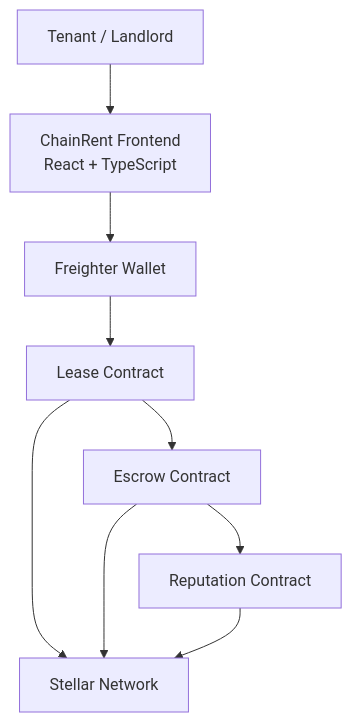
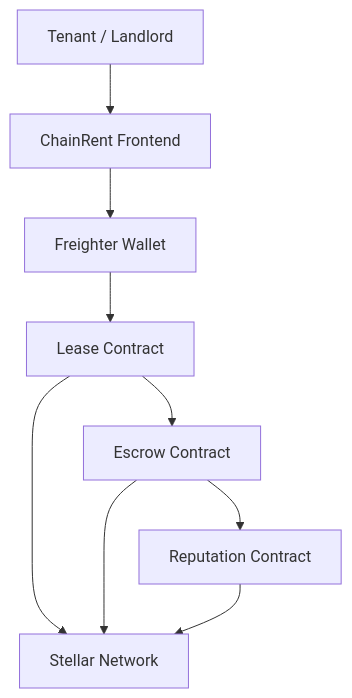
The diagram in README.md (sunita-coder-21/ChainRent), drawn with Mermaid before and after one commit. The commit also changed other lines of this file, not shown here.

````diff
--- a/README.md
+++ b/README.md
@@ -58,28 +92,28 @@
 ```mermaid
 flowchart TD
 
 User["Tenant / Landlord"]
 
-Frontend["ChainRent Frontend
-React + TypeScript"]
+Frontend["ChainRent Frontend"]
 
 Wallet["Freighter Wallet"]
 
 Lease["Lease Contract"]
 
 Escrow["Escrow Contract"]
 
 Reputation["Reputation Contract"]
 
 Stellar["Stellar Network"]
 
 User --> Frontend
 Frontend --> Wallet
 Wallet --> Lease
+
 Lease --> Escrow
 Escrow --> Reputation
 
 Lease --> Stellar
 Escrow --> Stellar
 Reputation --> Stellar
 ```
````
